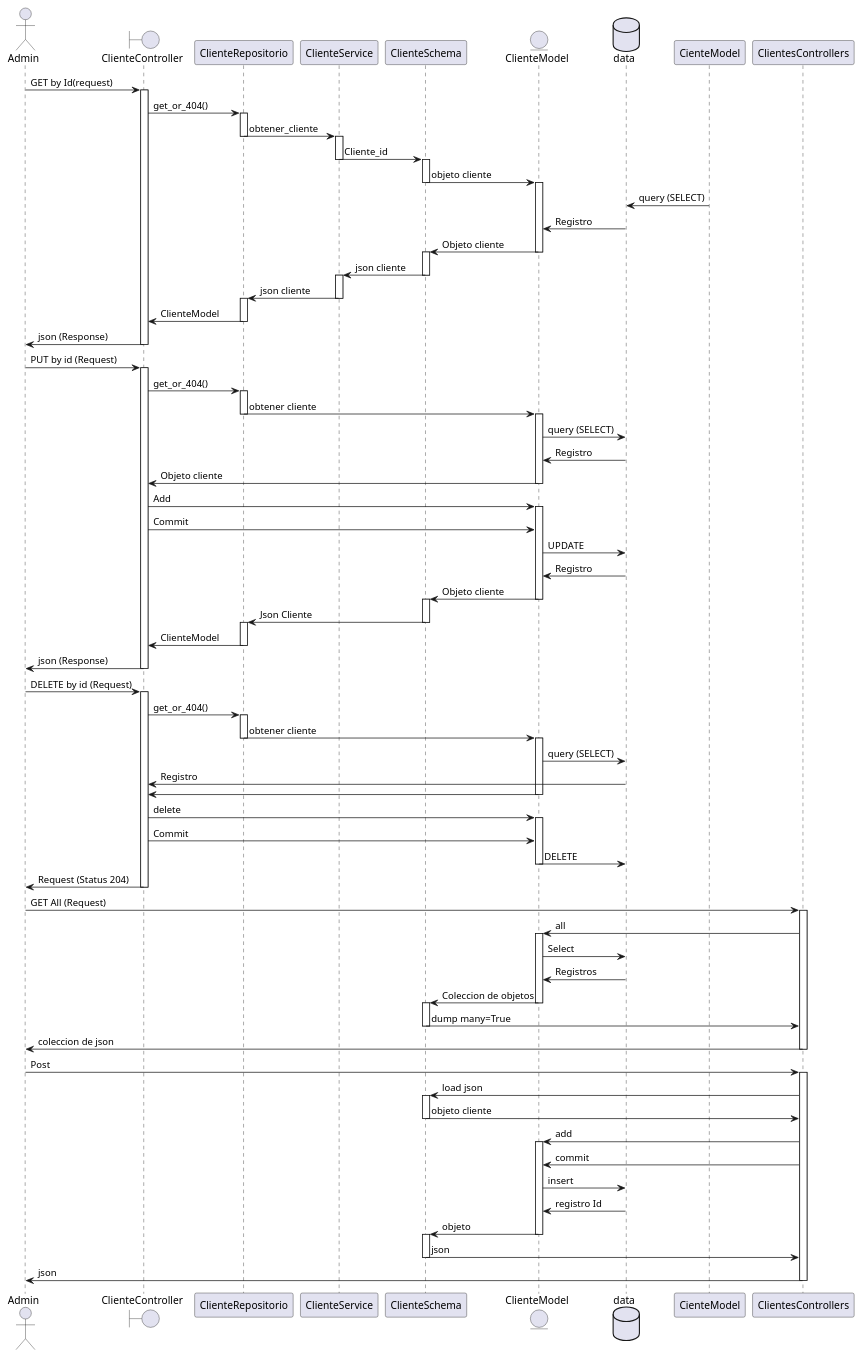
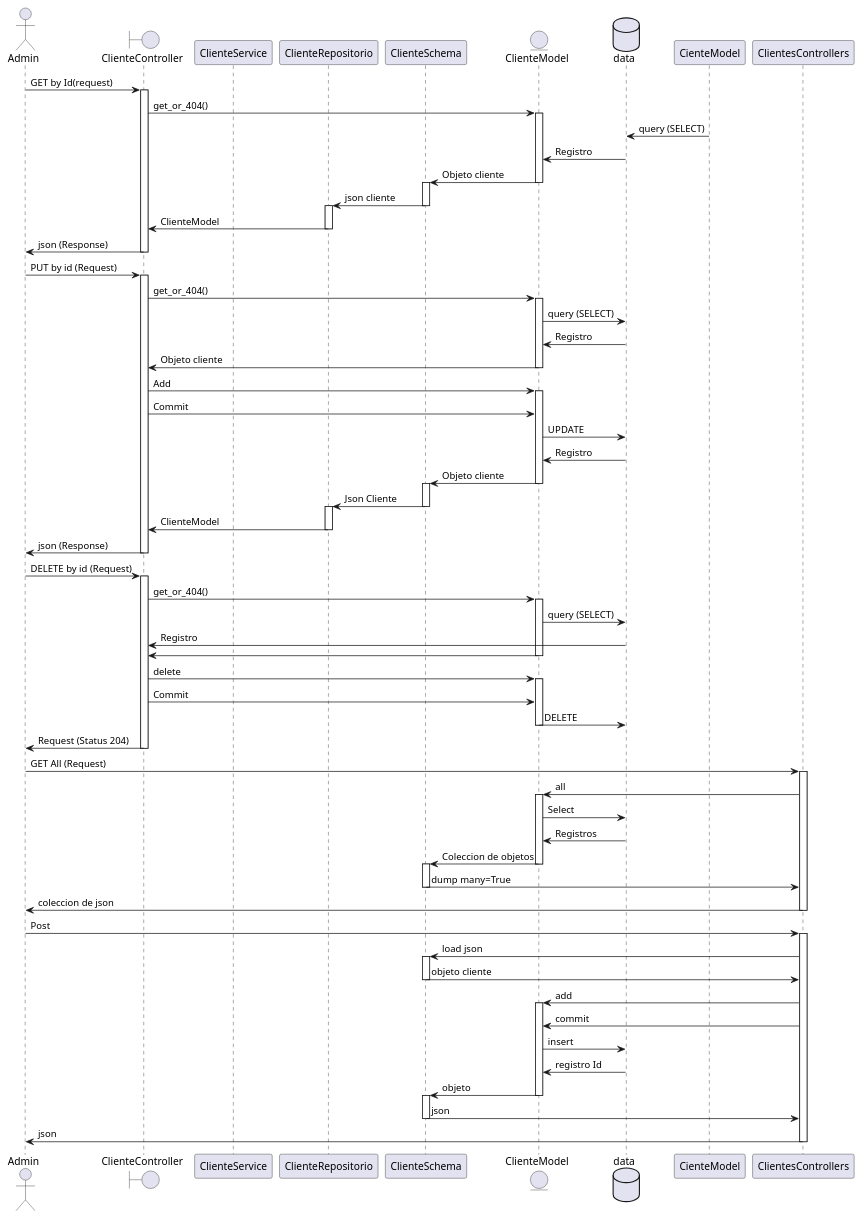
The diagram in docs/diagrama_secunencia_cliente.puml (GastonFenske/Bookmaker-DS), drawn with PlantUML before and after one commit. The commit also changed 4 other files, not shown here.

Commit message:
diagramas listos

```diff
--- a/docs/diagrama_secunencia_cliente.puml
+++ b/docs/diagrama_secunencia_cliente.puml
@@ -1,121 +1,104 @@
 @startuml
 
 actor Admin
 boundary ClienteController
+participant ClienteService
 participant ClienteRepositorio
-participant ClienteService
 participant ClienteSchema
 entity ClienteModel
 database data
 
 
 Admin -> ClienteController: GET by Id(request)
 activate ClienteController
-ClienteController -> ClienteRepositorio: get_or_404()
-activate ClienteRepositorio
-ClienteRepositorio -> ClienteService: obtener_cliente
-deactivate ClienteRepositorio
-activate ClienteService
-ClienteService -> ClienteSchema: Cliente_id
-deactivate ClienteService
-activate ClienteSchema
-ClienteSchema -> ClienteModel: objeto cliente
-deactivate ClienteSchema
+ClienteController -> ClienteModel: get_or_404()
 activate ClienteModel
 CienteModel -> data: query (SELECT)
 ClienteModel <- data: Registro
 ClienteSchema <- ClienteModel: Objeto cliente
 deactivate ClienteModel
 activate ClienteSchema
-ClienteService <- ClienteSchema: json cliente
+ClienteRepositorio <- ClienteSchema: json cliente
 deactivate ClienteSchema
-activate ClienteService 
-ClienteRepositorio <- ClienteService: json cliente
-deactivate ClienteService
 activate ClienteRepositorio
 ClienteController <- ClienteRepositorio: ClienteModel
 deactivate ClienteRepositorio
 Admin <- ClienteController: json (Response)
 deactivate ClienteController
 
 
 Admin -> ClienteController: PUT by id (Request)
 activate ClienteController
-ClienteController -> ClienteRepositorio: get_or_404()
-activate ClienteRepositorio
-ClienteRepositorio -> ClienteModel: obtener cliente
-deactivate ClienteRepositorio
+ClienteController -> ClienteModel: get_or_404()
 activate ClienteModel
 ClienteModel -> data: query (SELECT)
 ClienteModel <- data: Registro
 ClienteController <-ClienteModel: Objeto cliente
 deactivate ClienteModel
 ClienteController -> ClienteModel: Add
 activate ClienteModel
 ClienteController -> ClienteModel: Commit
 ClienteModel -> data: UPDATE
 ClienteModel <- data: Registro
 ClienteSchema <- ClienteModel: Objeto cliente
 deactivate ClienteModel
 activate ClienteSchema
 ClienteRepositorio <- ClienteSchema: Json Cliente
 deactivate ClienteSchema
 activate ClienteRepositorio
 ClienteController <- ClienteRepositorio: ClienteModel
 deactivate ClienteRepositorio
 Admin <- ClienteController: json (Response)
 deactivate ClienteController
 
 Admin -> ClienteController: DELETE by id (Request)
 activate ClienteController
-ClienteController -> ClienteRepositorio: get_or_404()
-activate ClienteRepositorio
-ClienteRepositorio -> ClienteModel: obtener cliente
-deactivate ClienteRepositorio
+ClienteController -> ClienteModel: get_or_404()
+
 activate ClienteModel
 ClienteModel -> data: query (SELECT)
 ClienteController <- data: Registro
 ClienteController <- ClienteModel
 deactivate ClienteModel
 ClienteController -> ClienteModel: delete
 activate ClienteModel
 ClienteController -> ClienteModel: Commit
 ClienteModel -> data: DELETE 
 deactivate ClienteModel
 Admin <- ClienteController: Request (Status 204)
 deactivate ClienteController
 
 Admin -> ClientesControllers: GET All (Request)
 activate ClientesControllers
 ClientesControllers -> ClienteModel: all
 activate ClienteModel
 ClienteModel -> data: Select
 ClienteModel <- data: Registros
 ClienteSchema <- ClienteModel: Coleccion de objetos
 deactivate ClienteModel
 activate ClienteSchema
 ClientesControllers <- ClienteSchema: dump many=True
 deactivate ClienteSchema
 Admin <- ClientesControllers: coleccion de json
 deactivate ClientesControllers
 
 Admin -> ClientesControllers: Post 
 activate ClientesControllers
 ClientesControllers -> ClienteSchema: load json
 activate ClienteSchema
 ClientesControllers <- ClienteSchema: objeto cliente
 deactivate ClienteSchema
 ClientesControllers -> ClienteModel: add
 activate ClienteModel
 ClientesControllers -> ClienteModel: commit
 ClienteModel -> data: insert
 ClienteModel <- data: registro Id
 ClienteSchema <- ClienteModel: objeto
 deactivate ClienteModel
 activate ClienteSchema
 ClientesControllers <- ClienteSchema: json
 deactivate ClienteSchema
 Admin <- ClientesControllers: json
 deactivate ClientesControllers
 
 @enduml
```
